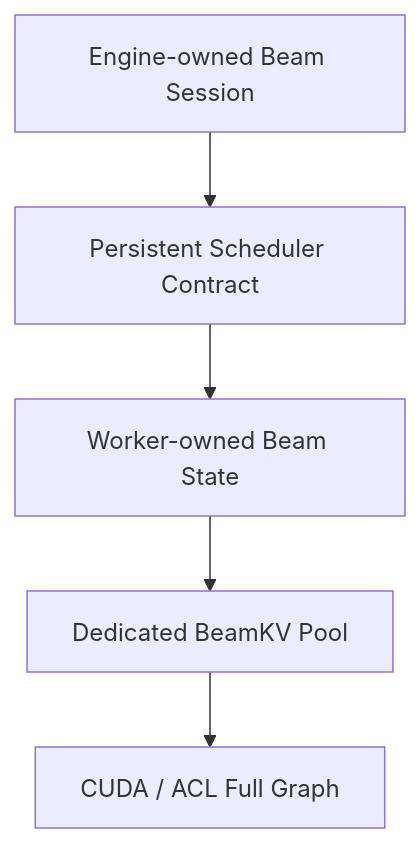
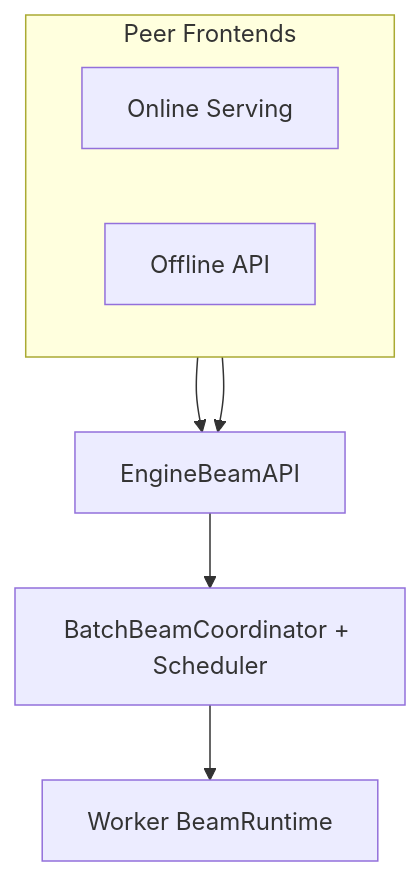
One commit to zhanghanleo10/gr-related changed the tenth of 10 diagrams in GR/engine_owned_persistent_beam_session_feature_design.md. Above: the diagram before and after it, drawn with Mermaid. The commit also changed other lines of this file, not shown here.

Commit message:
Update persistent beam session architecture

```diff
--- a/GR/engine_owned_persistent_beam_session_feature_design.md
+++ b/GR/engine_owned_persistent_beam_session_feature_design.md
@@ -1026,13 +920,17 @@
 ~~~mermaid
 flowchart TB
-    C["Engine-owned Beam Session"]
-    S["Persistent Scheduler Contract"]
-    W["Worker-owned Beam State"]
-    K["Dedicated BeamKV Pool"]
-    G["CUDA / ACL Full Graph"]
+    subgraph FRONTENDS["Peer Frontends"]
+        direction LR
+        ONLINE["Online Serving"]
+        OFFLINE["Offline API"]
+    end
 
-    C --> S
-    S --> W
-    W --> K
-    K --> G
+    API["EngineBeamAPI"]
+    CORE["BatchBeamCoordinator + Scheduler"]
+    WORKER["Worker BeamRuntime"]
+
+    ONLINE --> API
+    OFFLINE --> API
+    API --> CORE
+    CORE --> WORKER
 ~~~
```
